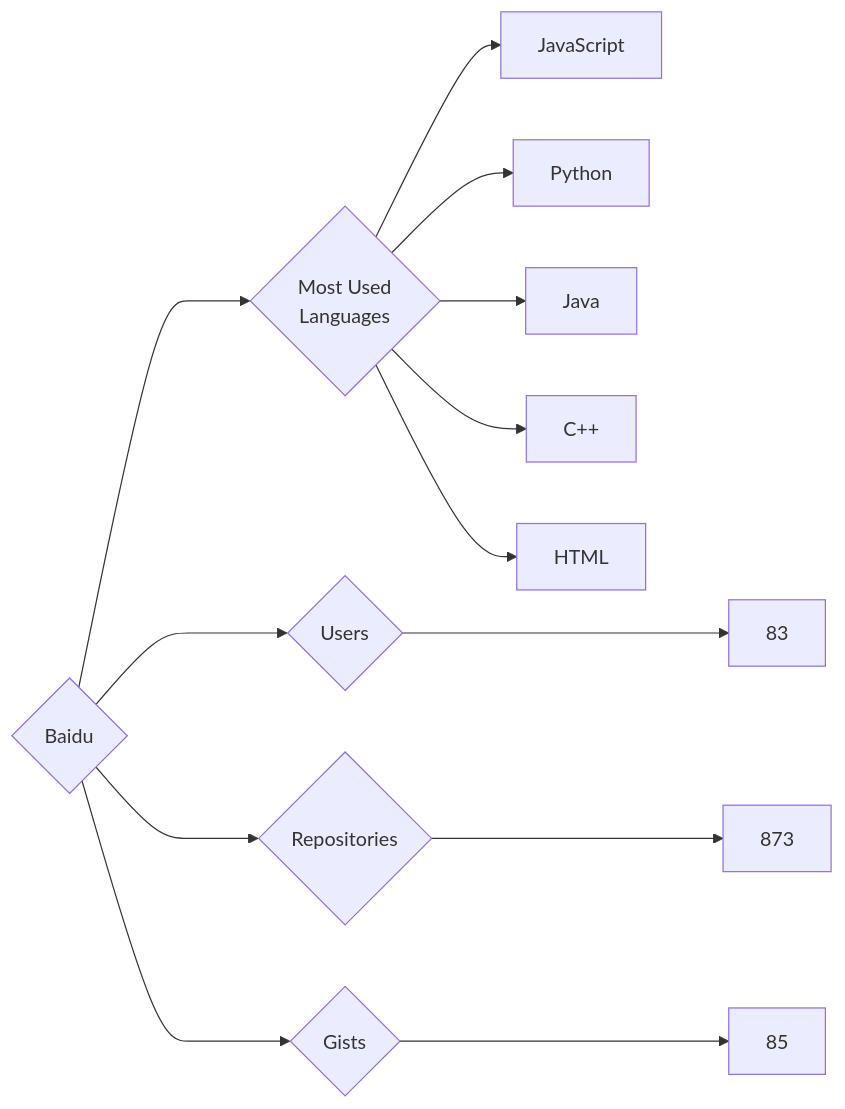
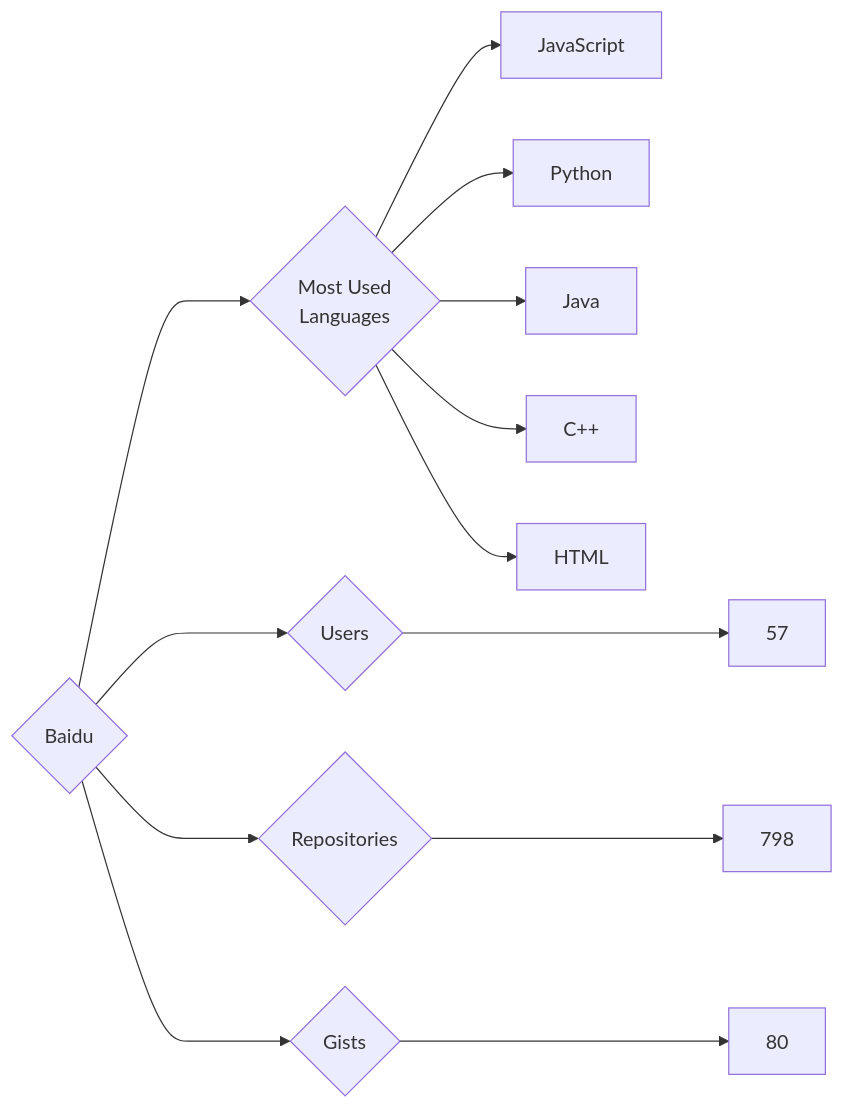
Before and after one commit to trickest/insiders: the diagram in targets/Baidu/README.md, drawn with Mermaid. The commit also changed 770 other files, not shown here.

````diff
--- a/targets/Baidu/README.md
+++ b/targets/Baidu/README.md
@@ -3,13 +3,13 @@
 ```mermaid
 graph LR
 COMPANY_NAME{Baidu}
-COMPANY_NAME ---> U{Users} ---> UN[83]
-COMPANY_NAME ---> R{Repositories} ---> RN[873]
-COMPANY_NAME ---> G{Gists} ---> GN[85]
+COMPANY_NAME ---> U{Users} ---> UN[57]
+COMPANY_NAME ---> R{Repositories} ---> RN[798]
+COMPANY_NAME ---> G{Gists} ---> GN[80]
 COMPANY_NAME ---> ML{Most Used<br>Languages}
 ML --> JavaScript[JavaScript]
 ML --> Python[Python]
 ML --> Java[Java]
 ML --> C++[C++]
 ML --> HTML[HTML]
 ```
````
